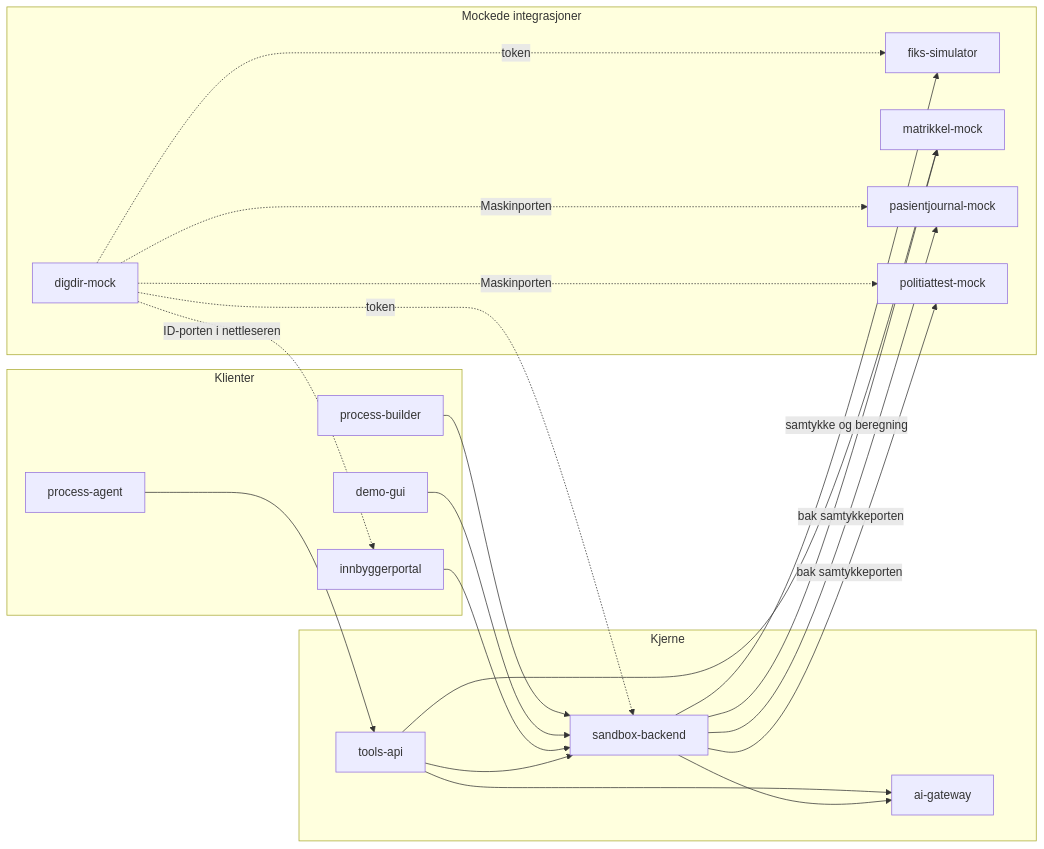
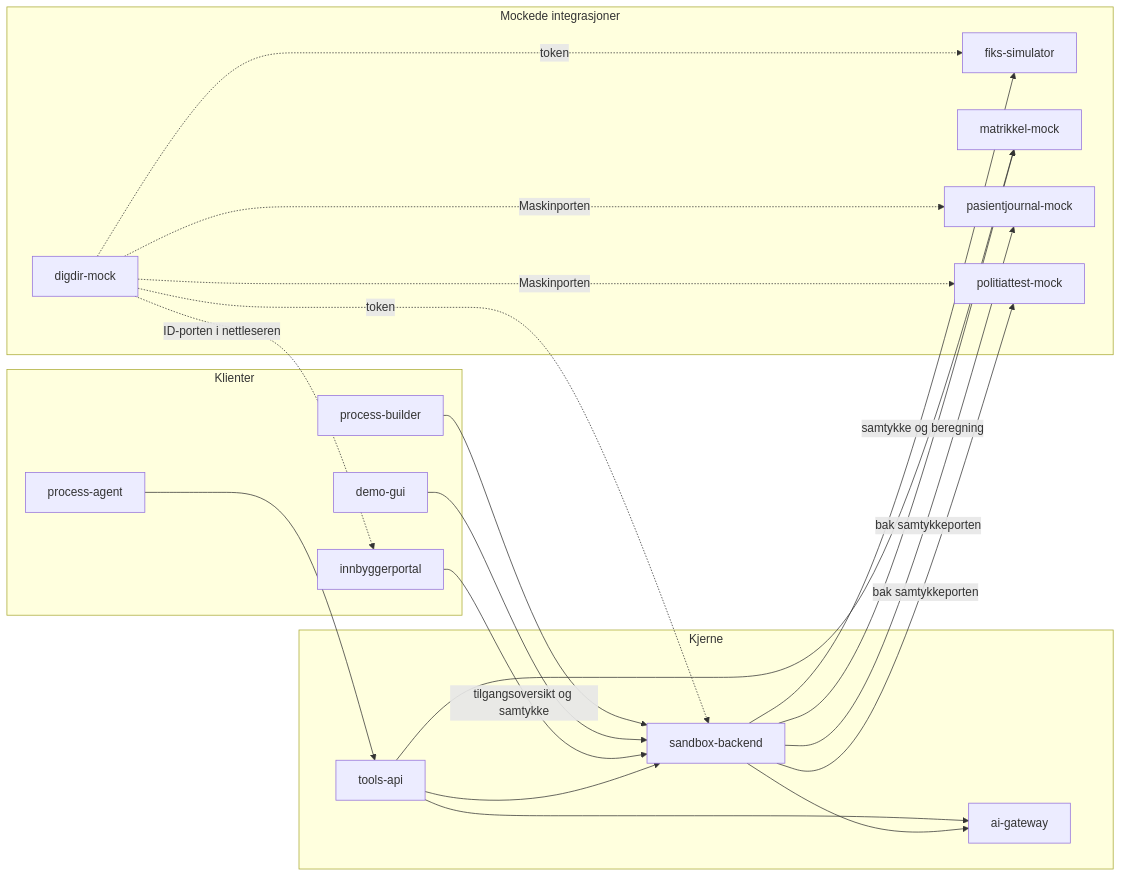
The diagram in docs/architecture.md (ks-no/workshop-ai), drawn with Mermaid before and after one commit. The commit also changed other lines of this file and 4 other files, not shown here.

````diff
--- a/docs/architecture.md
+++ b/docs/architecture.md
@@ -83,41 +83,41 @@
 ```mermaid
 flowchart LR
   subgraph klienter["Klienter"]
     PB["process-builder"]
     DG["demo-gui"]
     IP["innbyggerportal"]
     PAG["process-agent"]
   end
 
   subgraph kjerne["Kjerne"]
     SB["sandbox-backend"]
     TA["tools-api"]
     AG["ai-gateway"]
   end
 
   subgraph mocker["Mockede integrasjoner"]
     FS["fiks-simulator"]
     MM["matrikkel-mock"]
     PJ["pasientjournal-mock"]
     PA["politiattest-mock"]
     DM["digdir-mock"]
   end
 
   PB --> SB
   DG --> SB
-  IP --> SB
+  IP -->|"tilgangsoversikt og samtykke"| SB
   PAG --> TA
   TA --> SB
   TA --> AG
   TA --> MM
   SB --> AG
   SB --> MM
   SB -->|"samtykke og beregning"| FS
   SB -->|"bak samtykkeporten"| PJ
   SB -->|"bak samtykkeporten"| PA
   DM -.->|"ID-porten i nettleseren"| IP
   DM -.->|"token"| SB
   DM -.->|"token"| FS
   DM -.->|"Maskinporten"| PJ
   DM -.->|"Maskinporten"| PA
 ```
````
